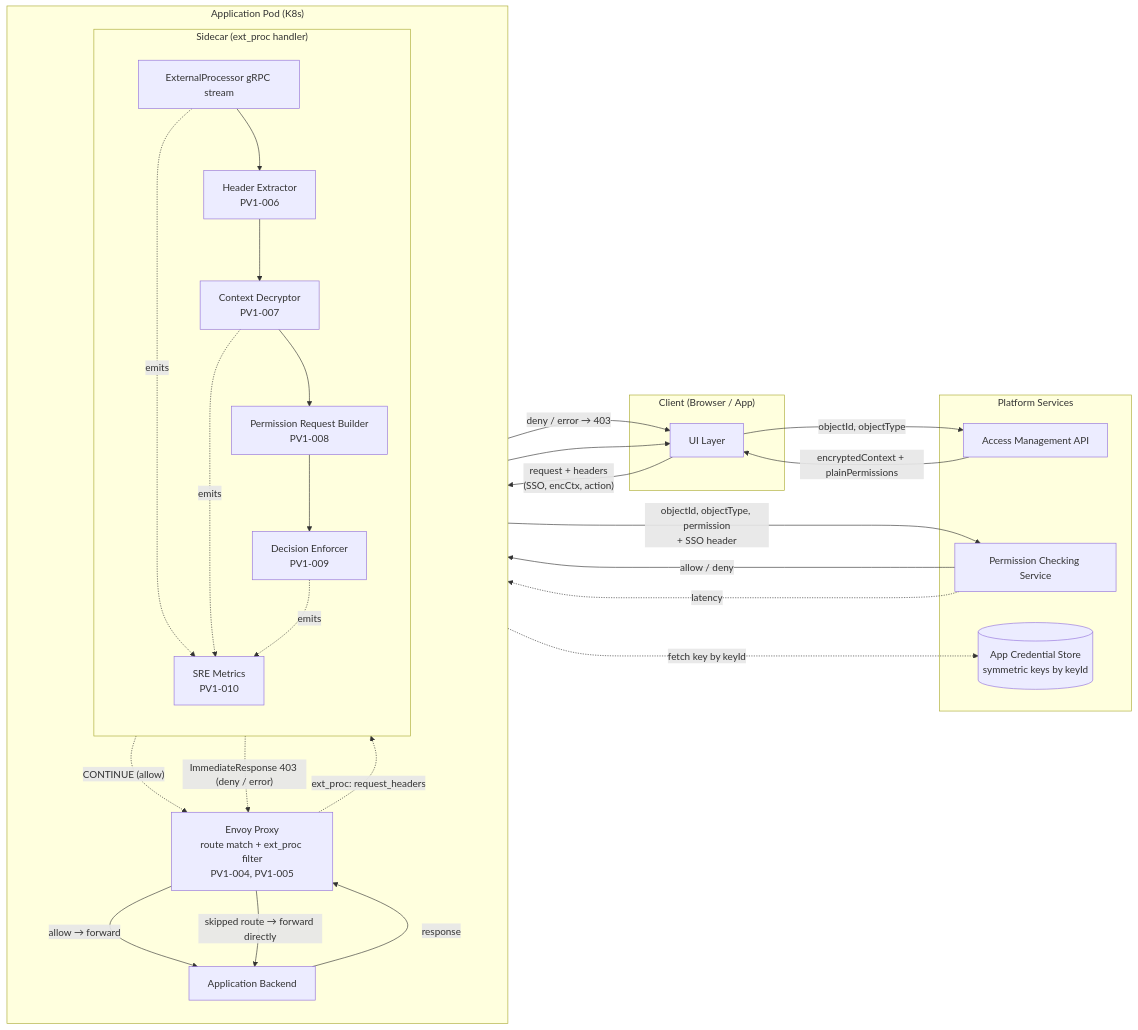
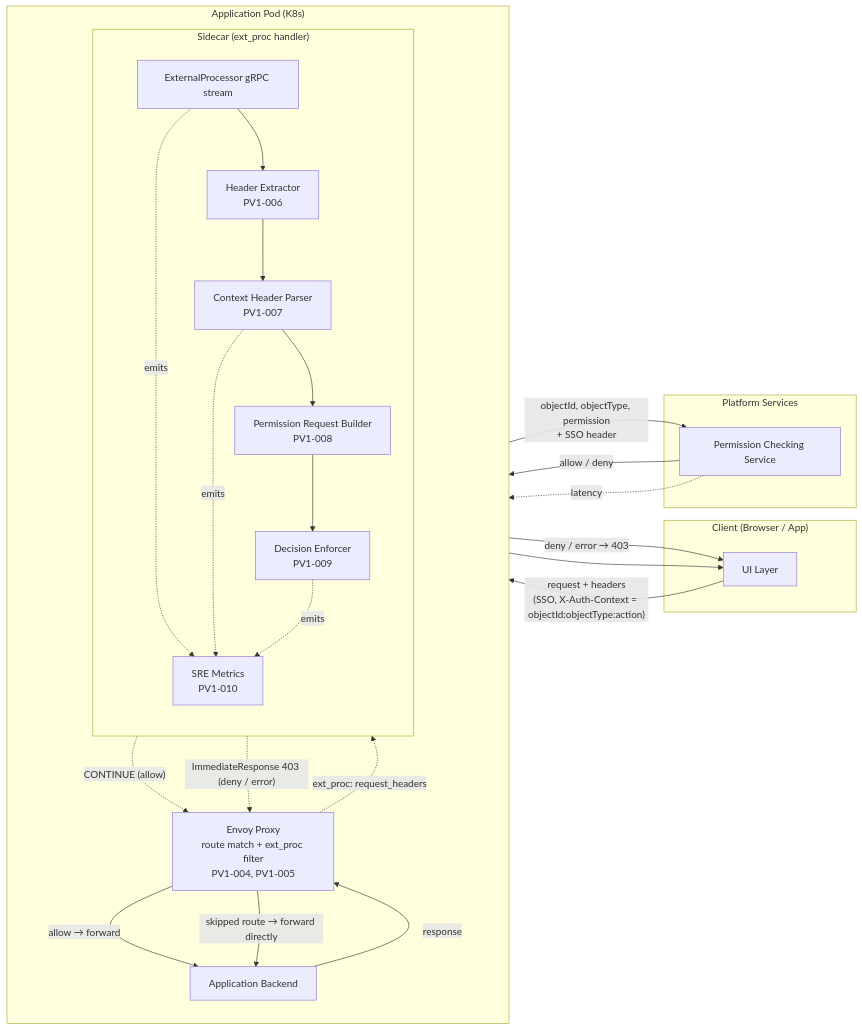
Before and after one commit to YuShuanHsieh/workspace: the second of 3 diagrams in prd/permission-validation/phase-1-architecture.md, drawn with Mermaid. The commit also changed other lines of this file and 7 other files, not shown here.

First line of the commit message:
docs: replace phase-1 encrypted context with plaintext header format

````diff
--- a/prd/permission-validation/phase-1-architecture.md
+++ b/prd/permission-validation/phase-1-architecture.md
@@ -74,49 +67,43 @@
 ```mermaid
 flowchart LR
     subgraph Client["Client (Browser / App)"]
         UI[UI Layer]
     end
 
     subgraph Platform["Platform Services"]
-        AM[Access Management API]
         PCS[Permission Checking Service]
-        CRED[(App Credential Store<br/>symmetric keys by keyId)]
     end
 
     subgraph AppPod["Application Pod (K8s)"]
         direction TB
         ENVOY[Envoy Proxy<br/>route match + ext_proc filter<br/>PV1-004, PV1-005]
         subgraph Sidecar["Sidecar (ext_proc handler)"]
             direction TB
             EP[ExternalProcessor gRPC stream]
             HX[Header Extractor<br/>PV1-006]
-            DEC[Context Decryptor<br/>PV1-007]
+            PRS[Context Header Parser<br/>PV1-007]
             BLD[Permission Request Builder<br/>PV1-008]
             ENF[Decision Enforcer<br/>PV1-009]
             MET[SRE Metrics<br/>PV1-010]
         end
         BE[Application Backend]
     end
 
-    UI -- "objectId, objectType" --> AM
-    AM -- "encryptedContext + plainPermissions" --> UI
-
-    UI -- "request + headers<br/>(SSO, encCtx, action)" --> ENVOY
+    UI -- "request + headers<br/>(SSO, X-Auth-Context = objectId:objectType:action)" --> ENVOY
     ENVOY -. "ext_proc: request_headers" .-> EP
-    EP --> HX --> DEC
-    DEC -. "fetch key by keyId" .-> CRED
-    DEC --> BLD --> ENF
+    EP --> HX --> PRS
+    PRS --> BLD --> ENF
     BLD -- "objectId, objectType, permission<br/>+ SSO header" --> PCS
     PCS -- "allow / deny" --> ENF
     ENF -. "CONTINUE (allow)" .-> ENVOY
     ENF -. "ImmediateResponse 403 (deny / error)" .-> ENVOY
     ENVOY -- "allow → forward" --> BE
     ENVOY -- "skipped route → forward directly" --> BE
     ENVOY -- "deny / error → 403" --> UI
     BE -- "response" --> ENVOY --> UI
 
     EP -. emits .-> MET
-    DEC -. emits .-> MET
+    PRS -. emits .-> MET
     ENF -. emits .-> MET
     PCS -. latency .-> MET
 ```
````
